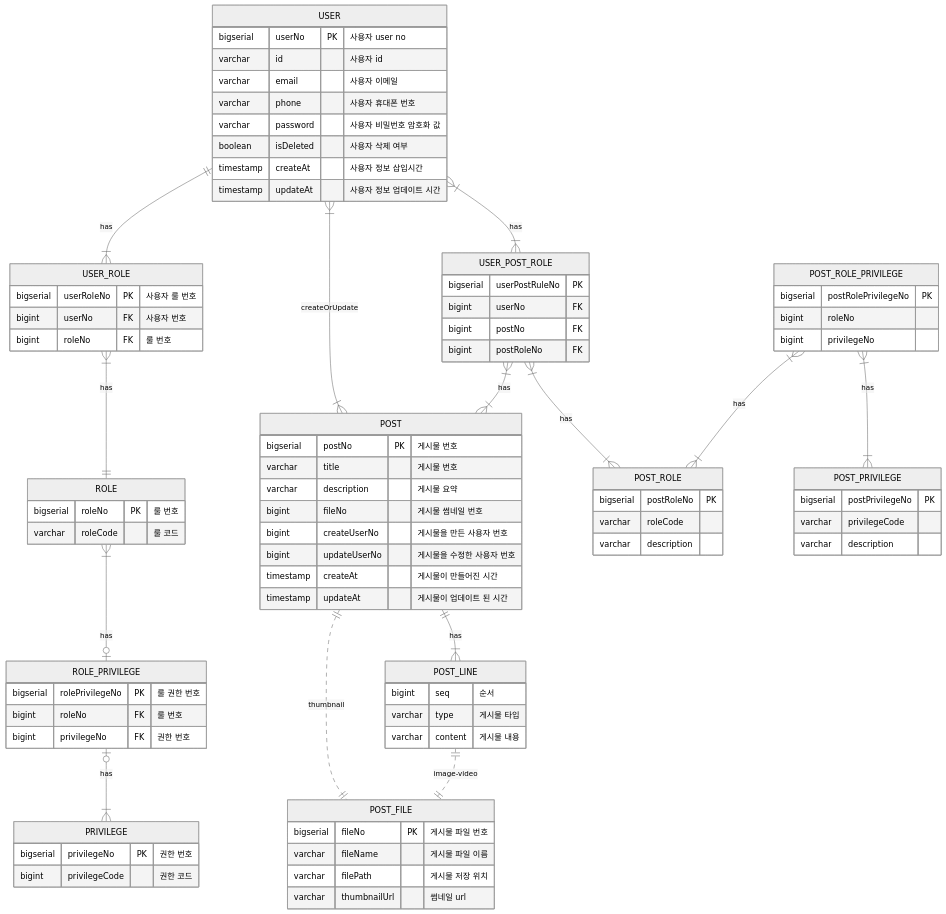
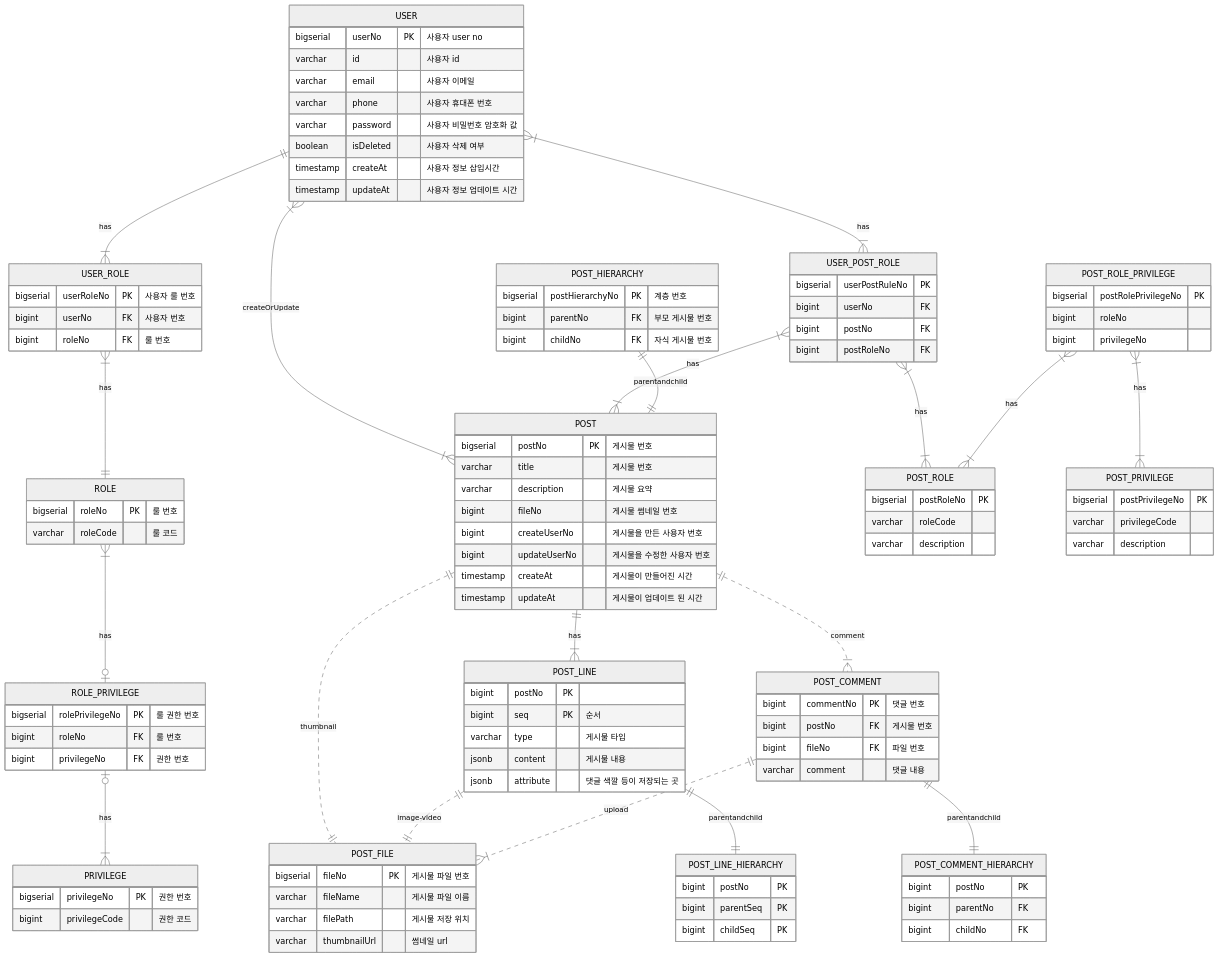
One commit to taeheon95/board-notion changed the diagram in 게시판 erd.md. Above: the diagram before and after it, drawn with Mermaid (neutral theme).

Commit message:
erd 업데이트

````diff
--- a/게시판 erd.md
+++ b/게시판 erd.md
@@ -46,10 +46,24 @@
 		timestamp updateAt "게시물이 업데이트 된 시간"
 	}
 	
+	POST_HIERARCHY {
+		bigserial postHierarchyNo PK "계층 번호"
+		bigint parentNo FK "부모 게시물 번호"
+		bigint childNo FK "자식 게시물 번호"
+	}
+	
 	POST_LINE {
-		bigint seq "순서"
+		bigint postNo PK
+		bigint seq PK "순서"
 		varchar type "게시물 타입"
-		varchar content "게시물 내용"
+		jsonb content "게시물 내용"
+		jsonb attribute "댓글 색깔 등이 저장되는 곳"
+	}
+	
+	POST_LINE_HIERARCHY {
+		bigint postNo PK
+		bigint parentSeq PK
+		bigint childSeq PK
 	}
 	
 	POST_FILE {
@@ -57,6 +71,19 @@
 		varchar fileName "게시물 파일 이름"
 		varchar filePath "게시물 저장 위치"
 		varchar thumbnailUrl "썸네일 url"
+	}
+	
+	POST_COMMENT {
+		bigint commentNo PK "댓글 번호"
+		bigint postNo FK "게시물 번호"
+		bigint fileNo FK "파일 번호"
+		varchar comment "댓글 내용"
+	}
+	
+	POST_COMMENT_HIERARCHY {
+		bigint postNo PK
+		bigint parentNo FK
+		bigint childNo FK
 	}
 	
 	USER_POST_ROLE {
@@ -102,4 +129,11 @@
 	POST ||..|| POST_FILE : thumbnail
 	POST_LINE ||..|| POST_FILE : image-video
 	
+	POST ||..|{ POST_COMMENT : comment
+	POST_COMMENT ||..|{ POST_FILE : upload
+	
+	POST_HIERARCHY ||--|| POST : parentandchild
+	POST_LINE ||--|| POST_LINE_HIERARCHY : parentandchild
+	POST_COMMENT ||--|| POST_COMMENT_HIERARCHY : parentandchild
+	
 ```
````
